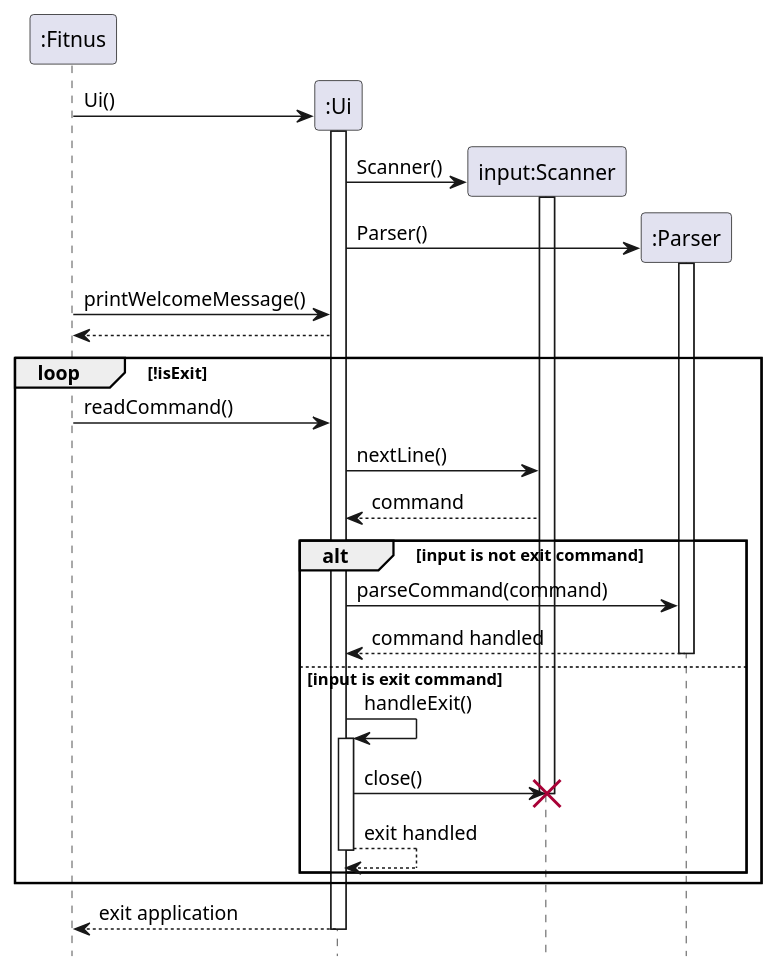
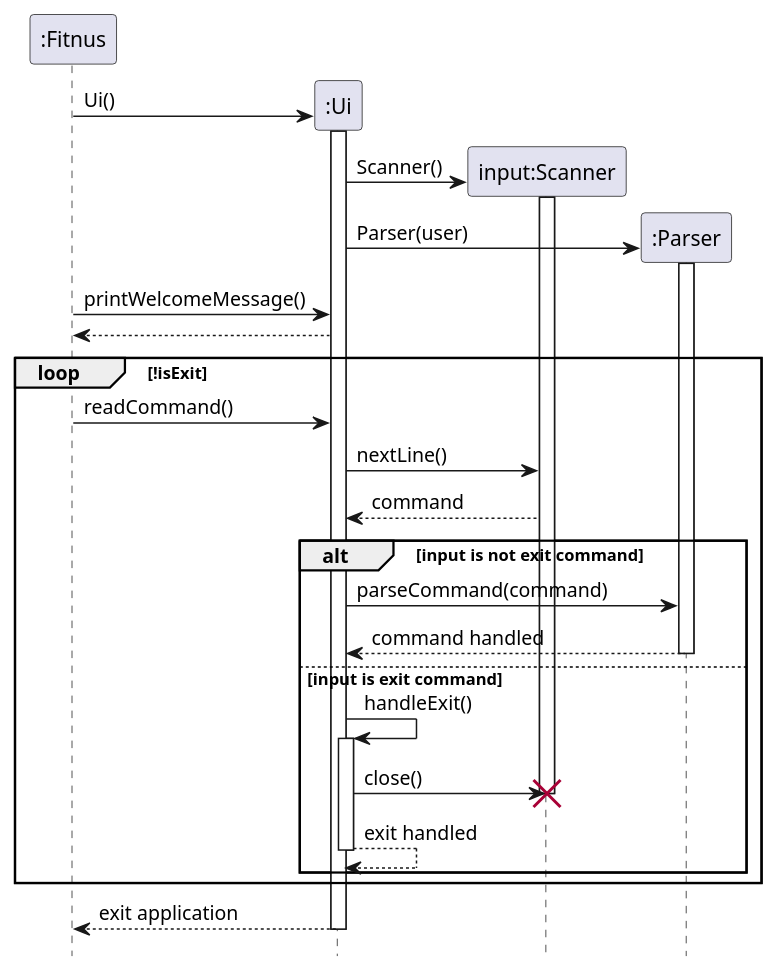
Before and after one commit to jasonlienardi/tp: the diagram in docs/diagrams/ParserSequenceDiagram.puml, drawn with PlantUML. The commit also changed 4 other files, not shown here.

Commit message:
Add sequence diagram for User component in DG

```diff
--- a/docs/diagrams/ParserSequenceDiagram.puml
+++ b/docs/diagrams/ParserSequenceDiagram.puml
@@ -1,47 +1,47 @@
 @startuml
 'https://plantuml.com/sequence-diagram
 
 participant ":Fitnus" as Fitnus
 participant ":Ui" as Ui
 participant "input:Scanner" as Scanner
 participant ":Parser" as Parser
 
 hide footbox
 
 Fitnus -> Ui **: Ui()
 activate Ui
 Ui -> Scanner**: Scanner()
 activate Scanner
-Ui -> Parser**: Parser()
+Ui -> Parser**: Parser(user)
 activate Parser
 
 Fitnus -> Ui: printWelcomeMessage()
 Ui --> Fitnus
 
 loop !isExit
 Fitnus -> Ui: readCommand()
 
 Ui -> Scanner: nextLine()
 Scanner --> Ui: command
 
 'Ui --> Ui ++: showLine()
 'Ui --> Ui --:
 
 alt input is not exit command
 Ui -> Parser: parseCommand(command)
 Parser --> Ui: command handled
 
 else input is exit command
 deactivate Parser
 
 Ui -> Ui ++: handleExit()
 Ui -> Scanner: close()
 destroy Scanner
 Ui --> Ui --: exit handled
 end
 end
 
 
 Ui --> Fitnus --: exit application
 
 @enduml
```
